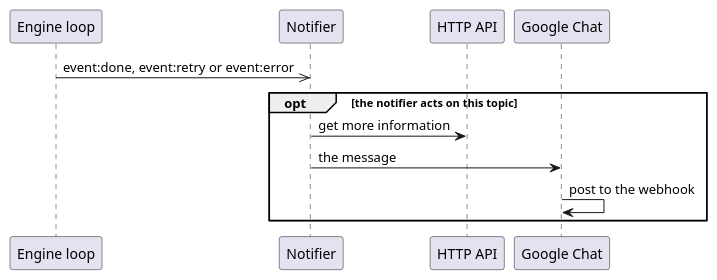
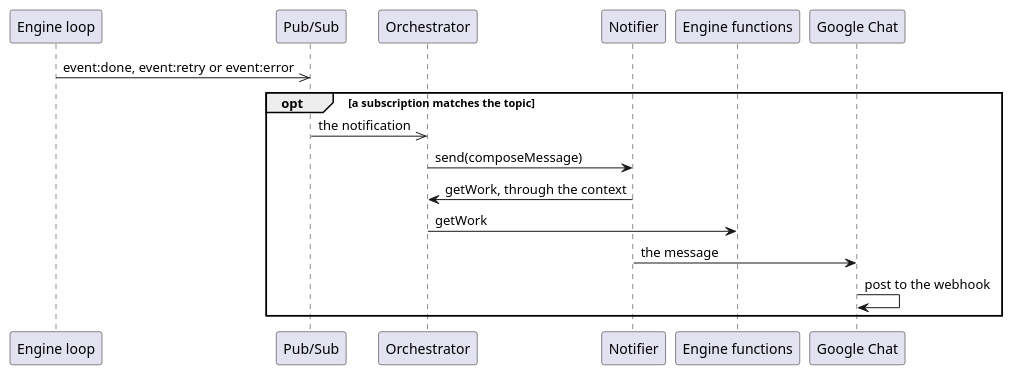
The fourth of 4 diagrams in docs/06_runtime/action-flow.md (longlh/superteam), drawn with PlantUML before and after one commit. The commit also changed other lines of this file and 30 other files, not shown here.

````diff
--- a/docs/06_runtime/action-flow.md
+++ b/docs/06_runtime/action-flow.md
@@ -225,15 +254,20 @@
 ```plantuml
 @startuml
 participant "Engine loop" as EL
+participant "Pub/Sub" as PS
+participant "Orchestrator" as Orch
 participant Notifier
-participant "HTTP API" as API
+participant "Engine functions" as Fn
 participant "Google Chat" as GC
 
-EL ->> Notifier : event:done, event:retry or event:error
-opt the notifier acts on this topic
-  Notifier -> API : get more information
+EL ->> PS : event:done, event:retry or event:error
+opt a subscription matches the topic
+  PS ->> Orch : the notification
+  Orch -> Notifier : send(composeMessage)
+  Notifier -> Orch : getWork, through the context
+  Orch -> Fn : getWork
   Notifier -> GC : the message
   GC -> GC : post to the webhook
 end
 @enduml
 ```
````
